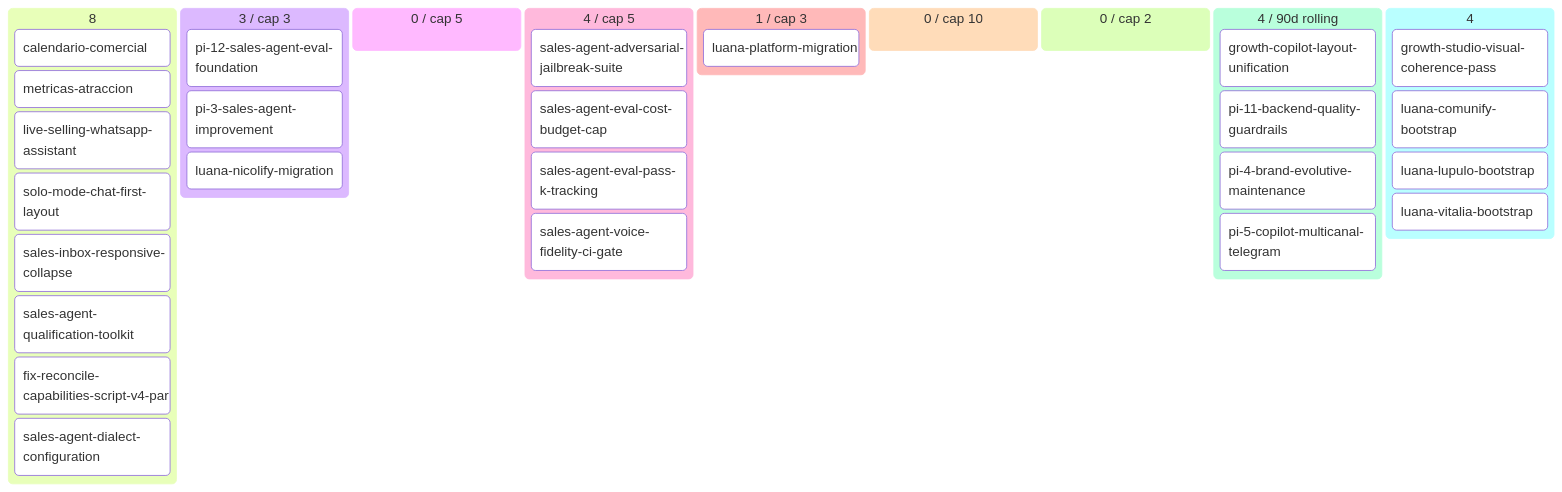
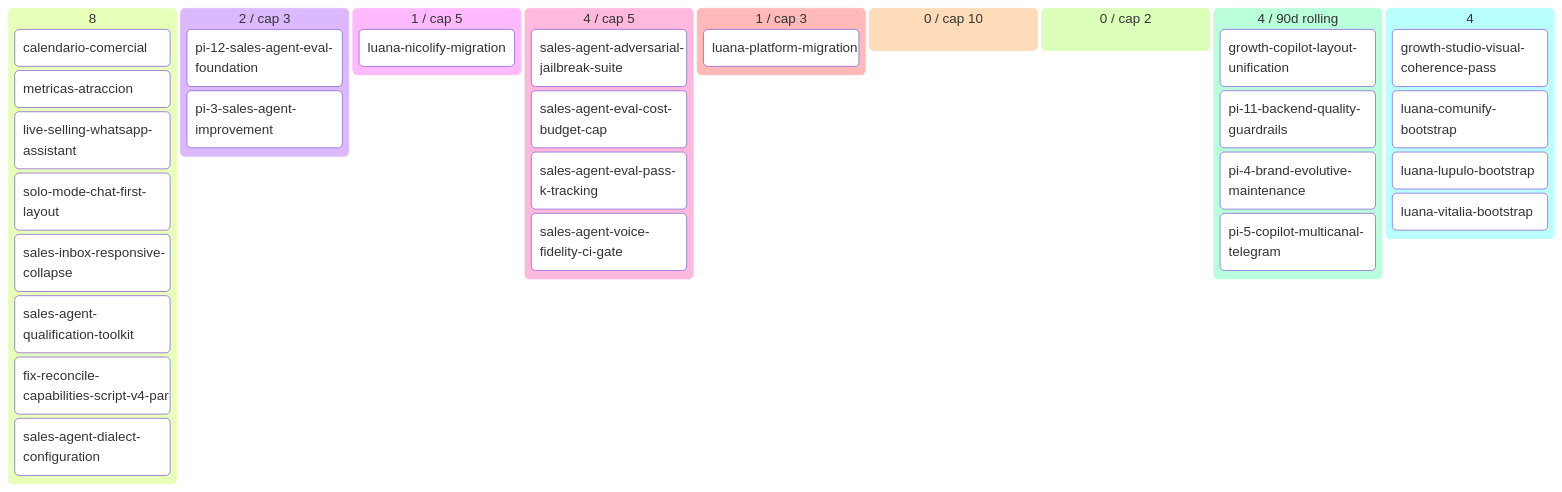
One commit to alpacapurpura/ap_sales_agent changed the diagram in docs/product/BACKLOG.md. Above: the diagram before and after it, drawn with Mermaid. The commit also changed other lines of this file and 5 other files, not shown here.

````diff
--- a/docs/product/BACKLOG.md
+++ b/docs/product/BACKLOG.md
@@ -62,36 +61,36 @@
 ```mermaid
 kanban
   💡 Ideas (8)
     calendario-comercial[calendario-comercial]
     metricas-atraccion[metricas-atraccion]
     live-selling-whatsapp-assistan[live-selling-whatsapp-assistant]
     solo-mode-chat-first-layout[solo-mode-chat-first-layout]
     sales-inbox-responsive-collaps[sales-inbox-responsive-collapse]
     sales-agent-qualification-tool[sales-agent-qualification-toolkit]
     fix-reconcile-capabilities-scr[fix-reconcile-capabilities-script-v4-par]
     sales-agent-dialect-configurat[sales-agent-dialect-configuration]
-  🔬 Refining (3 / cap 3)
+  🔬 Refining (2 / cap 3)
     pi-12-sales-agent-eval-foundat[pi-12-sales-agent-eval-foundation]
     pi-3-sales-agent-improvement[pi-3-sales-agent-improvement]
+  ✅ Refined (1 / cap 5)
     luana-nicolify-migration[luana-nicolify-migration]
-  ✅ Refined (0 / cap 5)
   📦 Ready (4 / cap 5)
     sales-agent-adversarial-jailbr[sales-agent-adversarial-jailbreak-suite]
     sales-agent-eval-cost-budget-c[sales-agent-eval-cost-budget-cap]
     sales-agent-eval-pass-k-tracki[sales-agent-eval-pass-k-tracking]
     sales-agent-voice-fidelity-ci-[sales-agent-voice-fidelity-ci-gate]
   🔨 Developing (1 / cap 3)
     luana-platform-migration[luana-platform-migration]
   🧪 Developed (0 / cap 10)
   🔍 Reviewing (0 / cap 2)
   ✅ Done (4 / 90d rolling)
     growth-copilot-layout-unificat[growth-copilot-layout-unification]
     pi-11-backend-quality-guardrai[pi-11-backend-quality-guardrails]
     pi-4-brand-evolutive-maintenan[pi-4-brand-evolutive-maintenance]
     pi-5-copilot-multicanal-telegr[pi-5-copilot-multicanal-telegram]
   🅿 Parked (4)
     growth-studio-visual-coherence[growth-studio-visual-coherence-pass]
     luana-comunify-bootstrap[luana-comunify-bootstrap]
     luana-lupulo-bootstrap[luana-lupulo-bootstrap]
     luana-vitalia-bootstrap[luana-vitalia-bootstrap]
 ```
````
